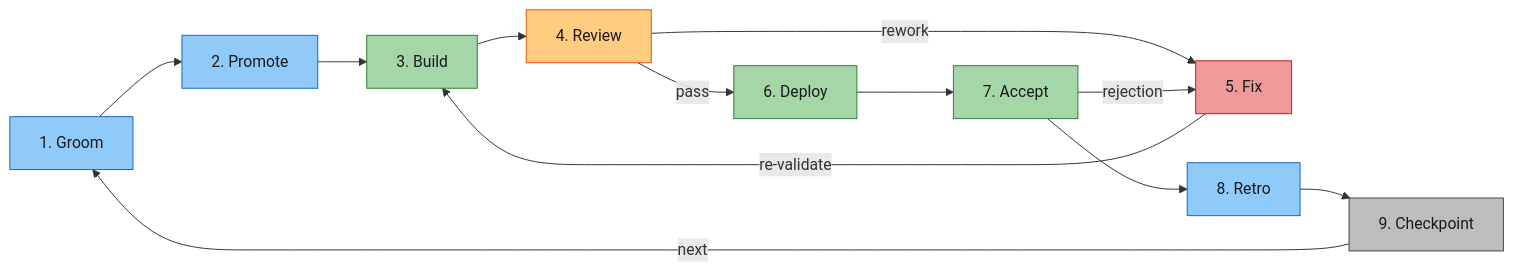
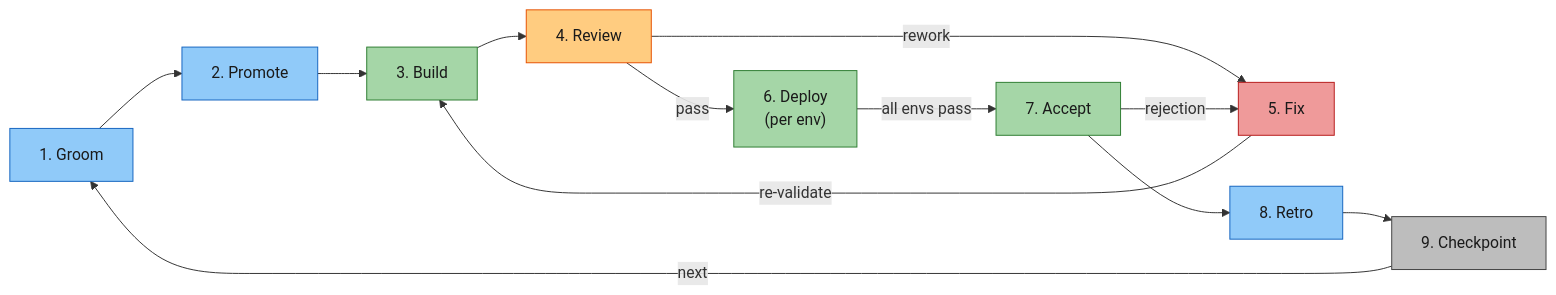
The third of 5 diagrams in README.md (rdunie/venutian-antfarm), drawn with Mermaid before and after one commit. The commit also changed 2 other files, not shown here.

Commit message:
feat: add per-environment deployment progression and two failure paths
Deploy is a per-environment loop through promotion_order, not a single
step. Two failure types: code problems go back through Fix→Build chain;
environment problems are resolved in place and deployment resumes.
Updated lifecycle table, diagrams, and acceptance failure section.

````diff
--- a/README.md
+++ b/README.md
@@ -136,24 +136,24 @@
 ```mermaid
 flowchart LR
     G["1. Groom"] --> P["2. Promote"]
     P --> B["3. Build"]
     B --> R["4. Review"]
     R -->|"rework"| F["5. Fix"]
     F -->|"re-validate"| B
-    R -->|"pass"| D["6. Deploy"]
-    D --> A["7. Accept"]
+    R -->|"pass"| D["6. Deploy\n(per env)"]
+    D -->|"all envs pass"| A["7. Accept"]
     A -->|"rejection"| F
     A --> RT["8. Retro"]
     RT --> C["9. Checkpoint"]
     C -->|"next"| G
 
     style G fill:#90caf9,stroke:#1565c0,color:#1a1a1a
     style P fill:#90caf9,stroke:#1565c0,color:#1a1a1a
     style B fill:#a5d6a7,stroke:#2e7d32,color:#1a1a1a
     style R fill:#ffcc80,stroke:#e65100,color:#1a1a1a
     style F fill:#ef9a9a,stroke:#b71c1c,color:#1a1a1a
     style D fill:#a5d6a7,stroke:#2e7d32,color:#1a1a1a
     style A fill:#a5d6a7,stroke:#2e7d32,color:#1a1a1a
     style RT fill:#90caf9,stroke:#1565c0,color:#1a1a1a
     style C fill:#bdbdbd,stroke:#424242,color:#1a1a1a
 ```
````
